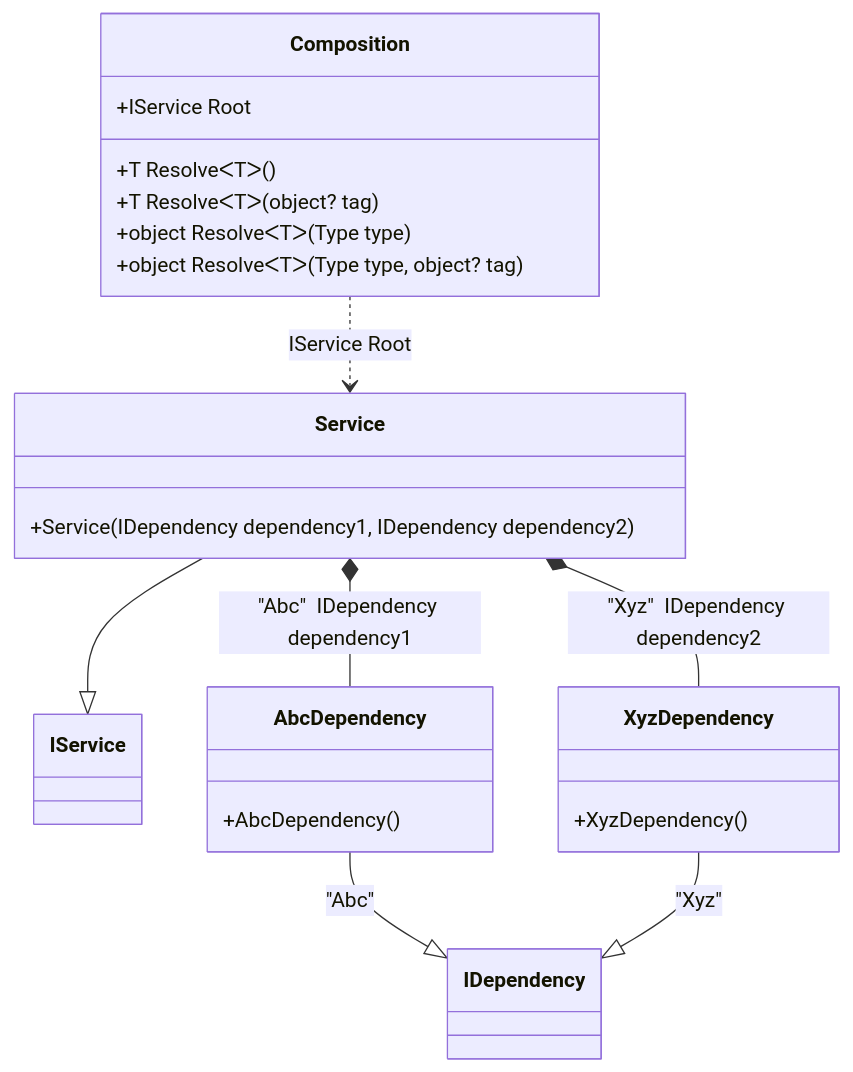
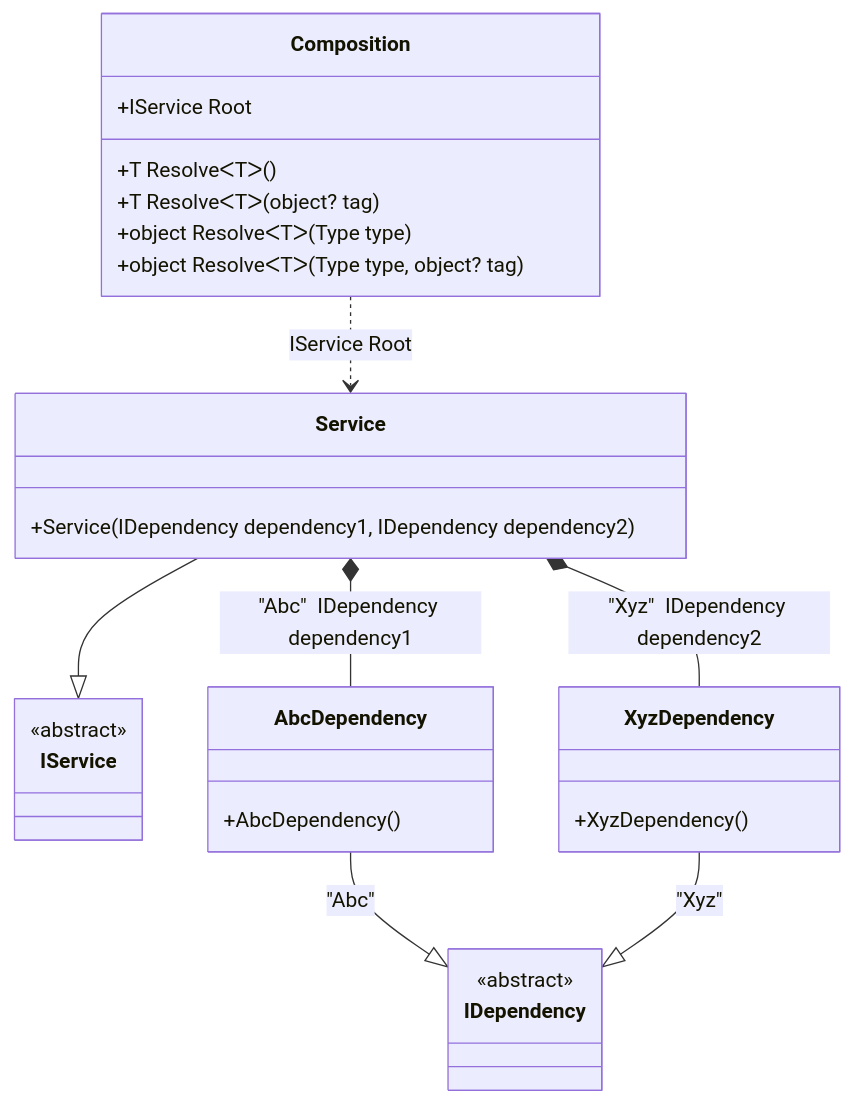
Before and after one commit to DevTeam/Pure.DI: the seventh of 35 diagrams in readme/Examples.md, drawn with Mermaid. The commit also changed other lines of this file and 3 other files, not shown here.

````diff
--- a/readme/Examples.md
+++ b/readme/Examples.md
@@ -497,25 +536,31 @@
 ```mermaid
 classDiagram
-class Composition {
-+IService Root
-+T ResolveᐸTᐳ()
-+T ResolveᐸTᐳ(object? tag)
-+object ResolveᐸTᐳ(Type type)
-+object ResolveᐸTᐳ(Type type, object? tag)
-}
-Service --|> IService : 
-class Service {
-+Service(IDependency dependency1, IDependency dependency2)
-}
-AbcDependency --|> IDependency : "Abc" 
-class AbcDependency {
-+AbcDependency()
-}
-XyzDependency --|> IDependency : "Xyz" 
-class XyzDependency {
-+XyzDependency()
-}
-Service *--  AbcDependency : "Abc"  IDependency dependency1
-Service *--  XyzDependency : "Xyz"  IDependency dependency2
-Composition ..> Service : IService Root
+  class Composition {
+    +IService Root
+    +T ResolveᐸTᐳ()
+    +T ResolveᐸTᐳ(object? tag)
+    +object ResolveᐸTᐳ(Type type)
+    +object ResolveᐸTᐳ(Type type, object? tag)
+  }
+  Service --|> IService : 
+  class Service {
+    +Service(IDependency dependency1, IDependency dependency2)
+  }
+  AbcDependency --|> IDependency : "Abc" 
+  class AbcDependency {
+    +AbcDependency()
+  }
+  XyzDependency --|> IDependency : "Xyz" 
+  class XyzDependency {
+    +XyzDependency()
+  }
+  class IService {
+    <<abstract>>
+  }
+  class IDependency {
+    <<abstract>>
+  }
+  Service *--  AbcDependency : "Abc"  IDependency dependency1
+  Service *--  XyzDependency : "Xyz"  IDependency dependency2
+  Composition ..> Service : IService Root
 ```
````
